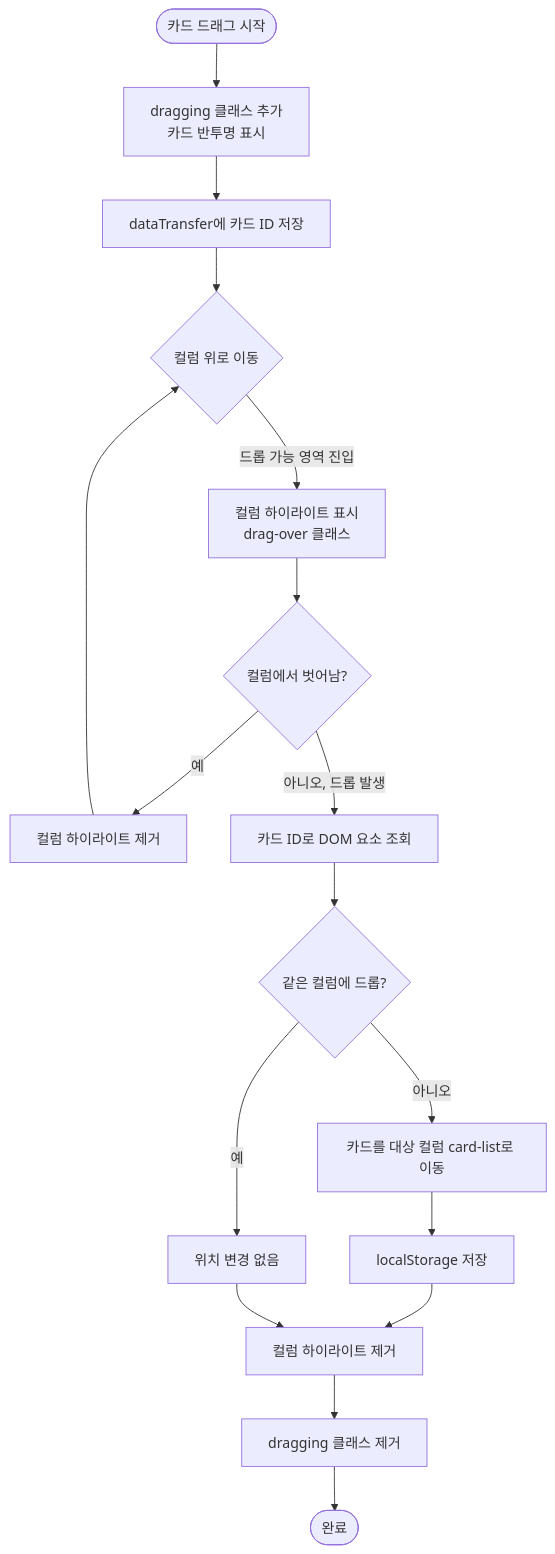
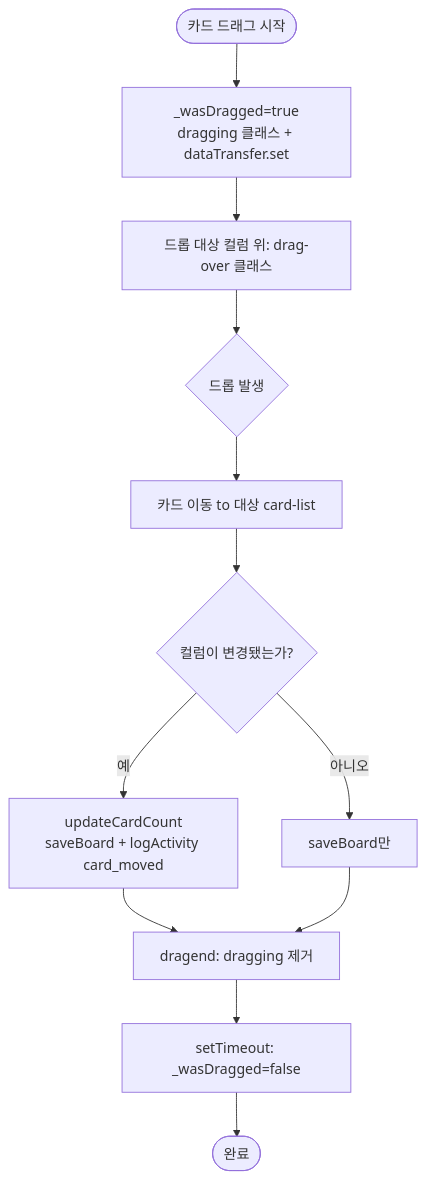
Before and after one commit to ikhanet/kosa_202605: the fifth of 8 diagrams in kanban/USER_FLOW.md, drawn with Mermaid. The commit also changed other lines of this file and 13 other files, not shown here.

````diff
--- a/kanban/USER_FLOW.md
+++ b/kanban/USER_FLOW.md
@@ -48,24 +88,15 @@
 ```mermaid
 flowchart TD
-    A([카드 드래그 시작]) --> B[dragging 클래스 추가\n카드 반투명 표시]
-    B --> C[dataTransfer에 카드 ID 저장]
-    C --> D{컬럼 위로 이동}
+    A([카드 드래그 시작]) --> B[_wasDragged=true\ndragging 클래스 + dataTransfer.set]
+    B --> C[드롭 대상 컬럼 위: drag-over 클래스]
+    C --> D{드롭 발생}
 
-    D -->|드롭 가능 영역 진입| E[컬럼 하이라이트 표시\ndrag-over 클래스]
-    E --> F{컬럼에서 벗어남?}
-
-    F -->|예| G[컬럼 하이라이트 제거]
-    G --> D
-
-    F -->|아니오, 드롭 발생| H[카드 ID로 DOM 요소 조회]
-    H --> I{같은 컬럼에 드롭?}
-
-    I -->|예| J[위치 변경 없음]
-    I -->|아니오| K[카드를 대상 컬럼 card-list로 이동]
-
-    K --> L[localStorage 저장]
-    L --> M[컬럼 하이라이트 제거]
-    J --> M
-    M --> N[dragging 클래스 제거]
-    N --> O([완료])
+    D --> E[카드 이동 to 대상 card-list]
+    E --> F{컬럼이 변경됐는가?}
+    F -->|예| G[updateCardCount\nsaveBoard + logActivity card_moved]
+    F -->|아니오| H[saveBoard만]
+    G --> I[dragend: dragging 제거]
+    H --> I
+    I --> J[setTimeout: _wasDragged=false]
+    J --> K([완료])
 ```
````
